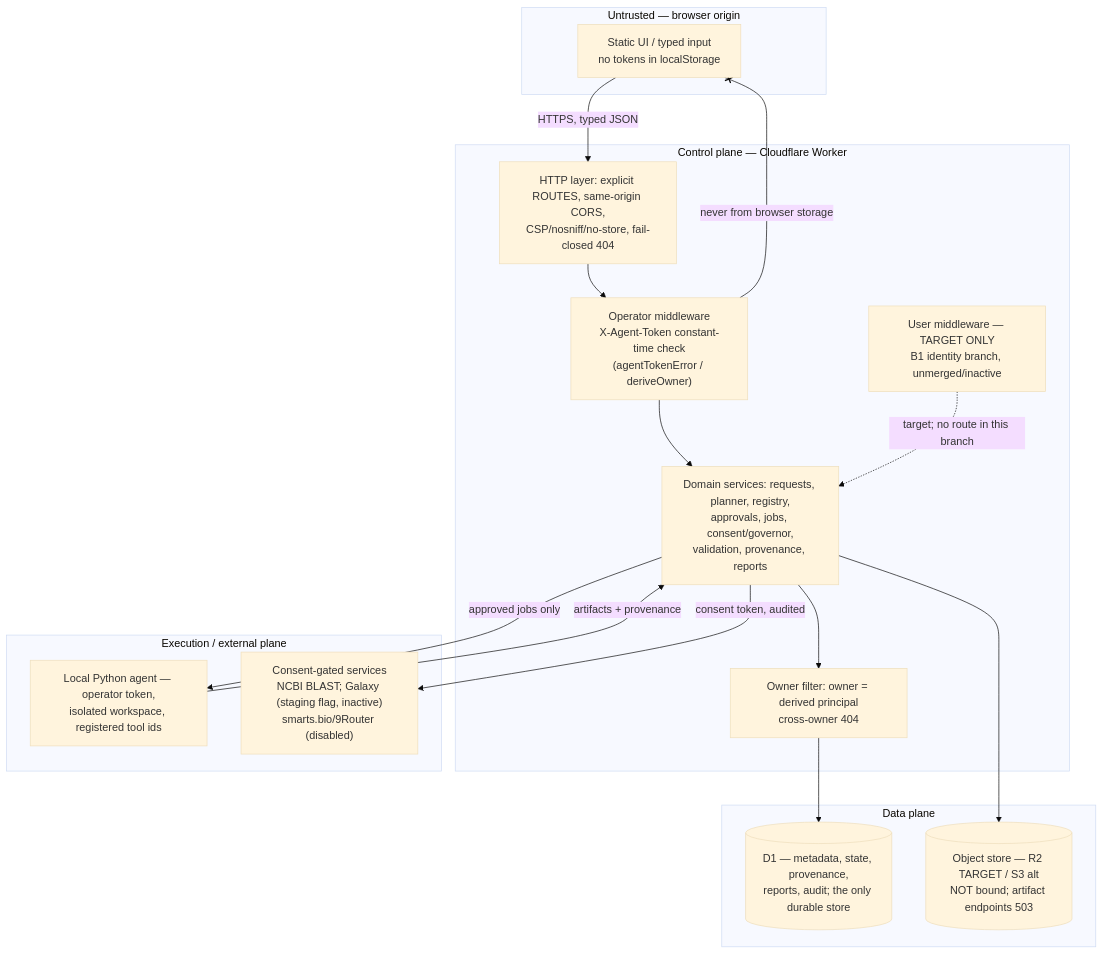
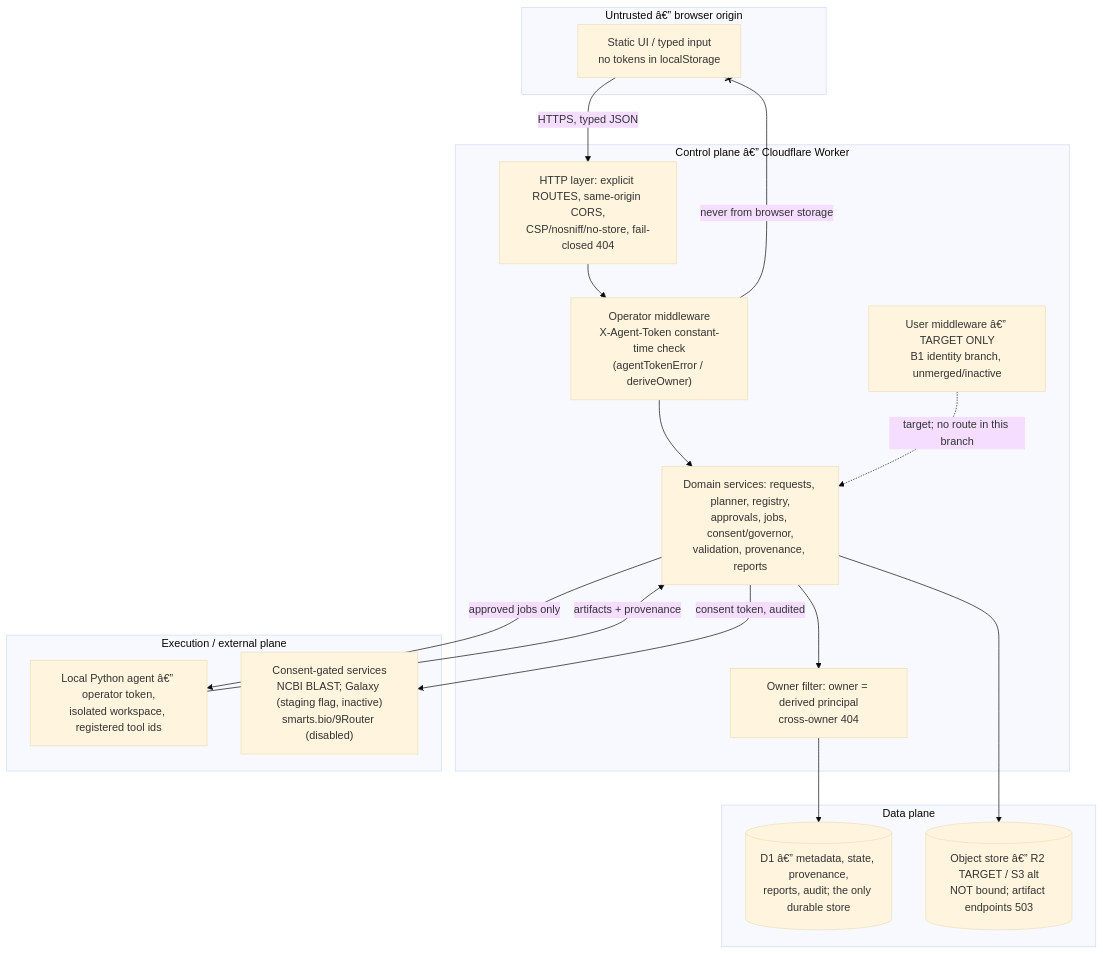
Before and after one commit to Marwanmorsy999/smart-bioinformatics-toolkit: the second of 4 diagrams in docs/CORE_PRODUCT_ARCHITECTURE.md, drawn with Mermaid (base theme). The commit also changed other lines of this file and 7 other files, not shown here.

````diff
--- a/docs/CORE_PRODUCT_ARCHITECTURE.md
+++ b/docs/CORE_PRODUCT_ARCHITECTURE.md
@@ -69,29 +69,29 @@
 ```mermaid
 flowchart TB
-    subgraph TB1["Untrusted — browser origin"]
+    subgraph TB1["Untrusted â€” browser origin"]
         UI["Static UI / typed input<br/>no tokens in localStorage"]
     end
-    subgraph TB2["Control plane — Cloudflare Worker"]
+    subgraph TB2["Control plane â€” Cloudflare Worker"]
         HTTP["HTTP layer: explicit ROUTES, same-origin CORS,<br/>CSP/nosniff/no-store, fail-closed 404"]
         OPMW["Operator middleware<br/>X-Agent-Token constant-time check<br/>(agentTokenError / deriveOwner)"]
-        USERMW["User middleware — TARGET ONLY<br/>B1 identity branch, unmerged/inactive"]
+        USERMW["User middleware â€” TARGET ONLY<br/>B1 identity branch, unmerged/inactive"]
         DOMAIN["Domain services: requests, planner, registry,<br/>approvals, jobs, consent/governor,<br/>validation, provenance, reports"]
         ABAC["Owner filter: owner = derived principal<br/>cross-owner 404"]
     end
     subgraph TB3["Data plane"]
-        D1[("D1 — metadata, state, provenance,<br/>reports, audit; the only durable store")]
-        OBJ[("Object store — R2 TARGET / S3 alt<br/>NOT bound; artifact endpoints 503")]
+        D1[("D1 â€” metadata, state, provenance,<br/>reports, audit; the only durable store")]
+        OBJ[("Object store â€” R2 TARGET / S3 alt<br/>NOT bound; artifact endpoints 503")]
     end
     subgraph TB4["Execution / external plane"]
-        AGT["Local Python agent — operator token,<br/>isolated workspace, registered tool ids"]
+        AGT["Local Python agent â€” operator token,<br/>isolated workspace, registered tool ids"]
         PROV["Consent-gated services<br/>NCBI BLAST; Galaxy (staging flag, inactive)<br/>smarts.bio/9Router (disabled)"]
     end
     UI -->|HTTPS, typed JSON| HTTP
     HTTP --> OPMW --> DOMAIN --> ABAC --> D1
     DOMAIN --> OBJ
     DOMAIN -->|approved jobs only| AGT
     AGT -->|artifacts + provenance| DOMAIN
     DOMAIN -->|consent token, audited| PROV
     USERMW -. "target; no route in this branch" .-> DOMAIN
     OPMW --x|"never from browser storage"| UI
 ```
````
